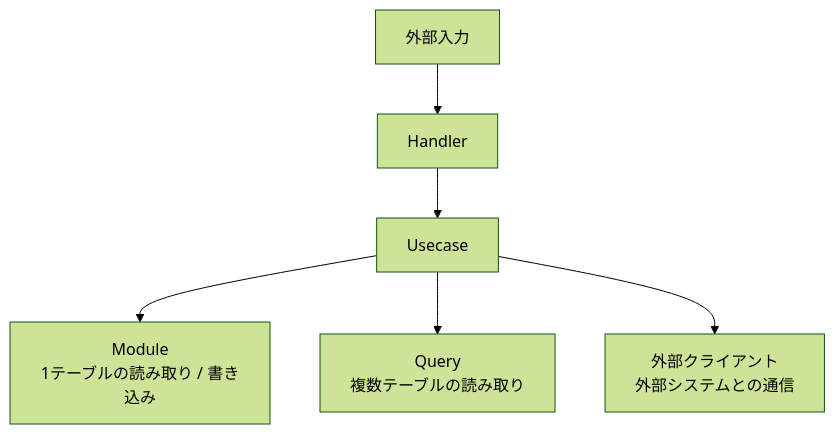
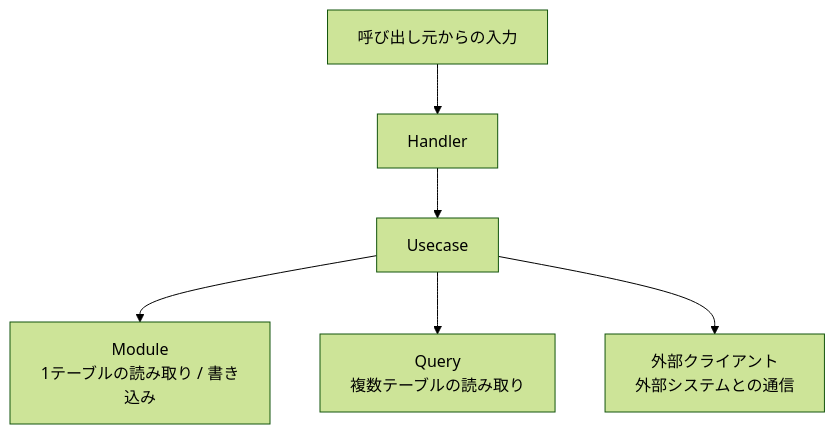
Before and after one commit to kodaimura/humq: the diagram in docs/01-overview.ja.md, drawn with Mermaid (forest theme). The commit also changed other lines of this file and 11 other files, not shown here.

````diff
--- a/docs/01-overview.ja.md
+++ b/docs/01-overview.ja.md
@@ -30,8 +30,8 @@
 ```mermaid
 flowchart TD
-    input["外部入力"] --> handler["Handler"]
+    input["呼び出し元からの入力"] --> handler["Handler"]
     handler --> usecase["Usecase"]
     usecase --> module["Module<br>1テーブルの読み取り / 書き込み"]
     usecase --> query["Query<br>複数テーブルの読み取り"]
     usecase --> client["外部クライアント<br>外部システムとの通信"]
 ```
````
